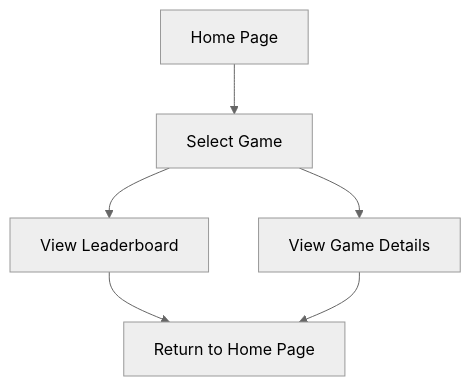
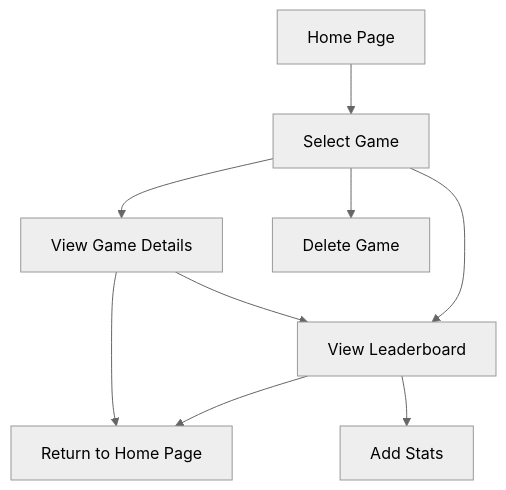
The second of 2 diagrams in planning.md (mamccorkle/Confident-Coders-Modern-Software-Development-Assignment), drawn with Mermaid (neutral theme) before and after one commit. The commit also changed other lines of this file, not shown here.

Commit message:
Commit - 20250309 - MM
* Updated the User Flow Diagram

````diff
--- a/planning.md
+++ b/planning.md
@@ -60,8 +58,11 @@
 ```mermaid
-flowchart TD
+flowchart TD  
     A[Home Page] --> B[Select Game]
-    B --> C[View Leaderboard]
-    C --> D[Return to Home Page]
-    B --> F[View Game Details]
-    F --> D
+    B --> C[View Game Details]
+    C --> F[Return to Home Page]
+    C --> D[View Leaderboard]
+    B --> D
+    D --> G[Add Stats]
+    D --> F[Return to Home Page]
+    B --> E[Delete Game]
 ```
````
